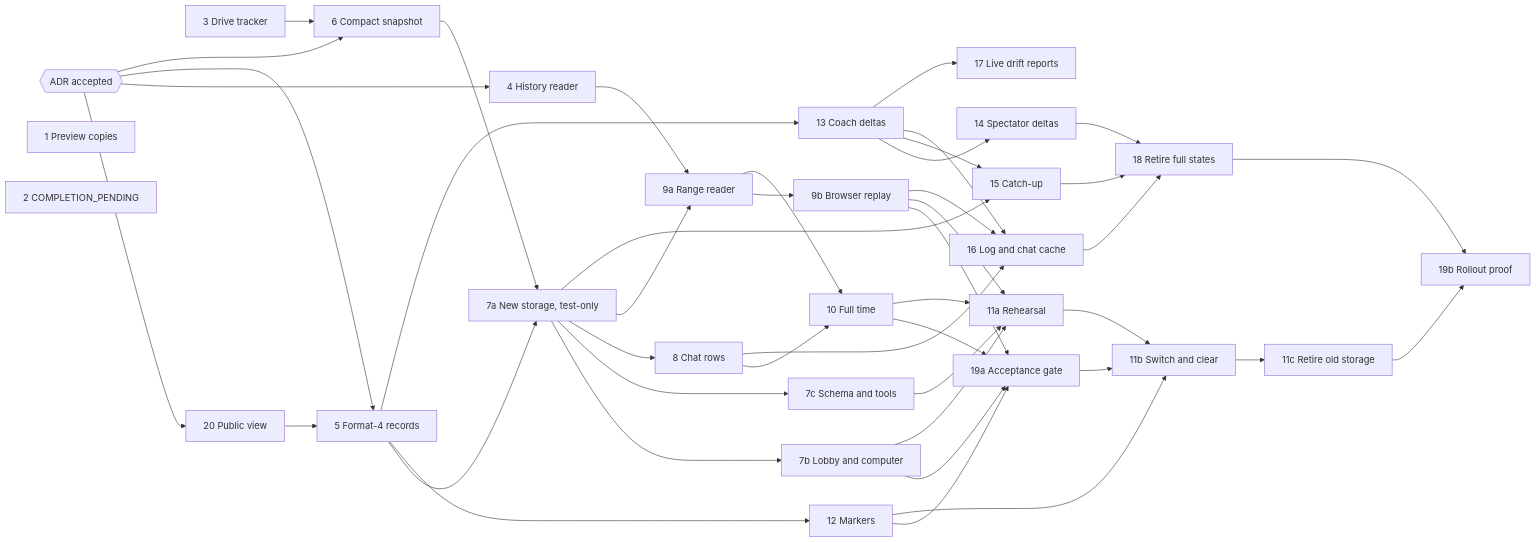
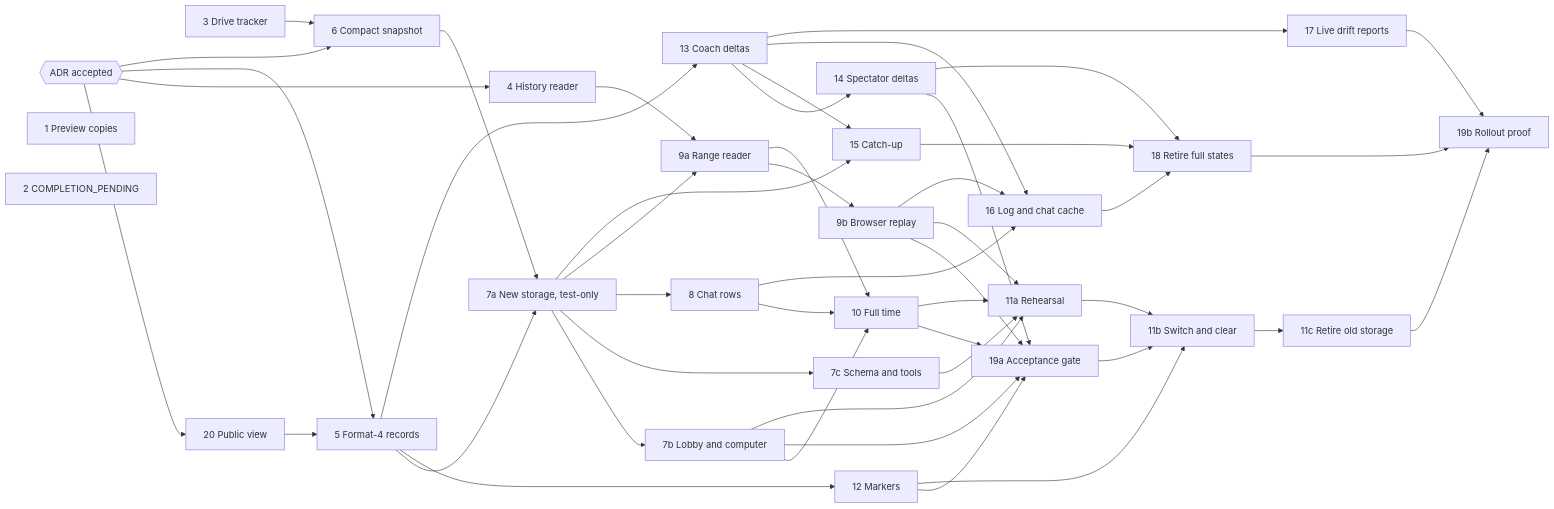
The diagram in docs/specs/match-state-sync-tickets.md (the-grognard-codes/moles-under-the-pitch), drawn with Mermaid before and after one commit. The commit also changed other lines of this file and 11 other files, not shown here.

````diff
--- a/docs/specs/match-state-sync-tickets.md
+++ b/docs/specs/match-state-sync-tickets.md
@@ -57,49 +57,52 @@
 ```mermaid
 flowchart LR
   ADR{{ADR accepted}}
   T1[1 Preview copies]
   T2[2 COMPLETION_PENDING]
   T3[3 Drive tracker]
   ADR --> T20[20 Public view]
   ADR --> T4[4 History reader]
   ADR --> T5[5 Format-4 records]
   T20 --> T5
   ADR --> T6[6 Compact snapshot]
   T3 --> T6
   T5 --> T7a[7a New storage, test-only]
   T6 --> T7a
   T7a --> T7b[7b Lobby and computer]
   T7a --> T7c[7c Schema and tools]
   T7a --> T8[8 Chat rows]
   T4 --> T9a[9a Range reader]
   T7a --> T9a
   T9a --> T9b[9b Browser replay]
   T8 --> T10[10 Full time]
   T9a --> T10
   T5 --> T12[12 Markers]
+  T7b --> T10
   T7b --> T19a[19a Acceptance gate]
+  T14 --> T19a
   T9b --> T19a
   T10 --> T19a
   T12 --> T19a
   T7c --> T11a[11a Rehearsal]
   T9b --> T11a
   T10 --> T11a
   T7b --> T11a
   T11a --> T11b[11b Switch and clear]
   T12 --> T11b
   T19a --> T11b
   T11b --> T11c[11c Retire old storage]
   T5 --> T13[13 Coach deltas]
   T13 --> T14[14 Spectator deltas]
   T7a --> T15[15 Catch-up]
   T13 --> T15
   T8 --> T16[16 Log and chat cache]
   T9b --> T16
   T13 --> T16
   T13 --> T17[17 Live drift reports]
   T14 --> T18[18 Retire full states]
   T15 --> T18
   T16 --> T18
   T11c --> T19b[19b Rollout proof]
   T18 --> T19b
+  T17 --> T19b
 ```
````
